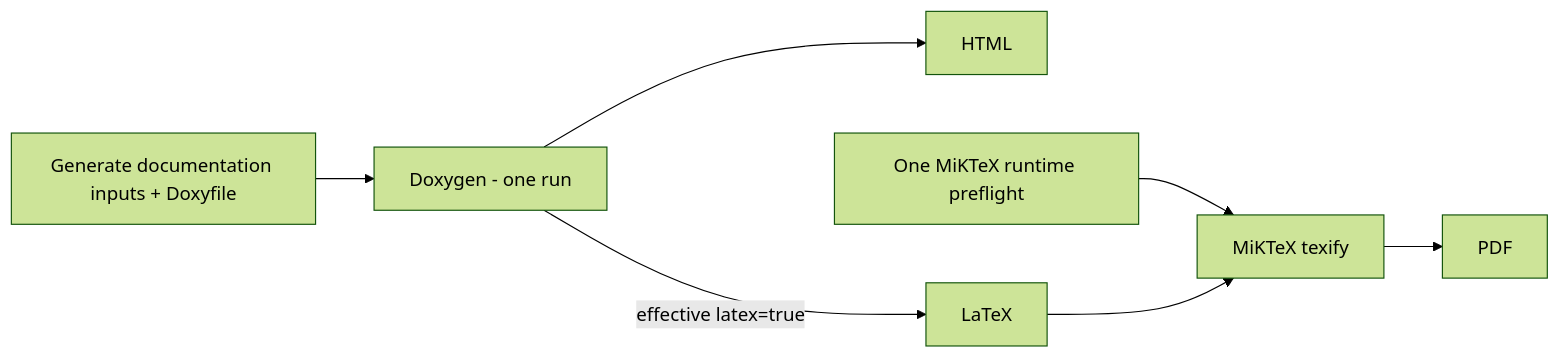
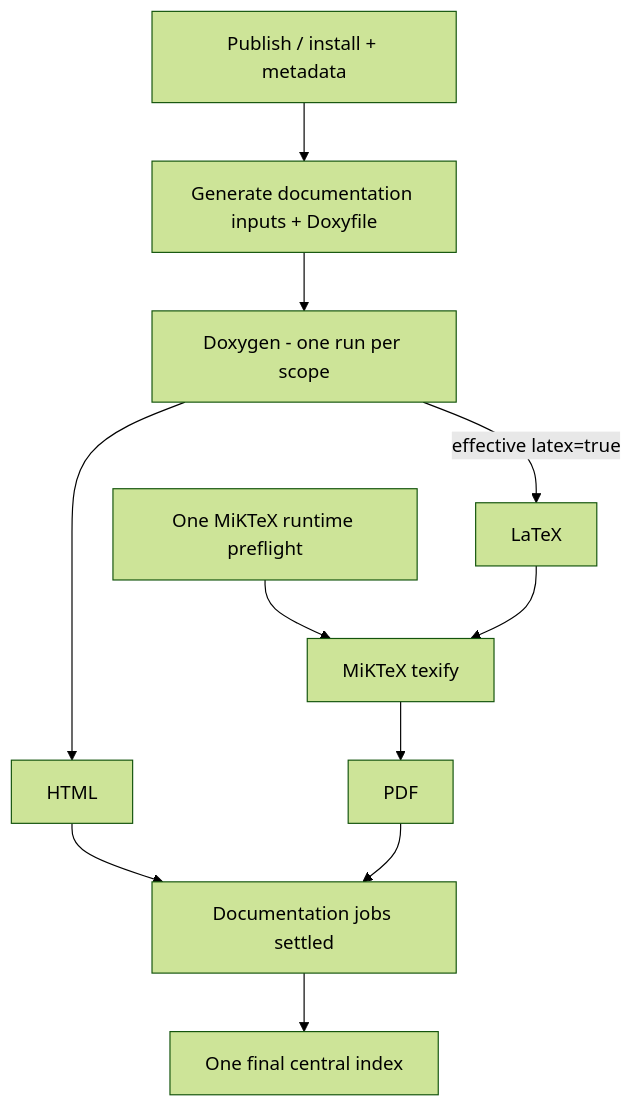
Before and after one commit to adeccscholar/BuildEngine-Admin: the third of 4 diagrams in admin/server-docs/buildengine.md, drawn with Mermaid (forest theme). The commit also changed other lines of this file, not shown here.

Commit message:
Align BuildEngine architecture docs with logical scope state

````diff
--- a/admin/server-docs/buildengine.md
+++ b/admin/server-docs/buildengine.md
@@ -158,9 +196,13 @@
 ```mermaid
-flowchart LR
-   G[Generate documentation inputs + Doxyfile] --> D[Doxygen - one run]
+flowchart TD
+   U[Publish / install + metadata] --> G[Generate documentation inputs + Doxyfile]
+   G --> D[Doxygen - one run per scope]
    D --> H[HTML]
    D -->|effective latex=true| L[LaTeX]
    R[One MiKTeX runtime preflight] --> M[MiKTeX texify]
    L --> M
    M --> P[PDF]
+   H --> S[Documentation jobs settled]
+   P --> S
+   S --> I[One final central index]
 ```
````
